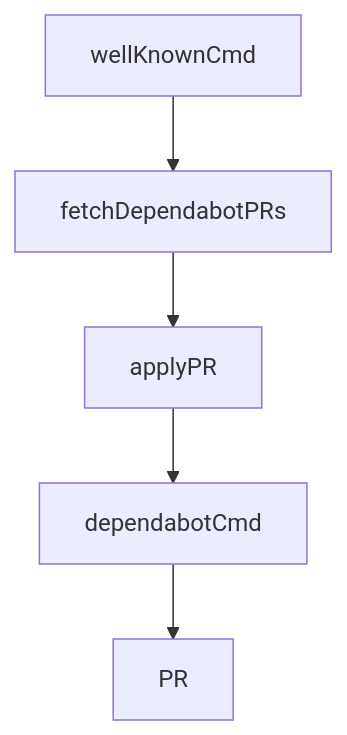
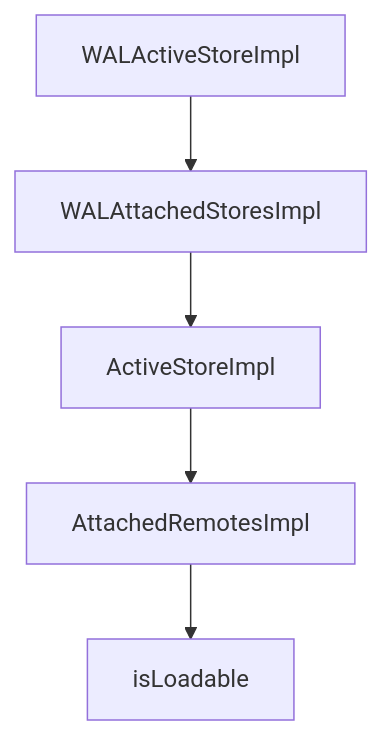
Before and after one commit to johnxie/awesome-code-docs: the diagram in tutorials/fireproof-tutorial/03-react-hooks-and-live-local-first-ux.md, drawn with Mermaid. The commit also changed other lines of this file and 1232 other files, not shown here.

````diff
--- a/tutorials/fireproof-tutorial/03-react-hooks-and-live-local-first-ux.md
+++ b/tutorials/fireproof-tutorial/03-react-hooks-and-live-local-first-ux.md
@@ -214,12 +212,12 @@
 ```mermaid
 flowchart TD
-    A[wellKnownCmd]
-    B[fetchDependabotPRs]
-    C[applyPR]
-    D[dependabotCmd]
-    E[PR]
+    A[WALActiveStoreImpl]
+    B[WALAttachedStoresImpl]
+    C[ActiveStoreImpl]
+    D[AttachedRemotesImpl]
+    E[isLoadable]
     A --> B
     B --> C
     C --> D
     D --> E
 ```
````
